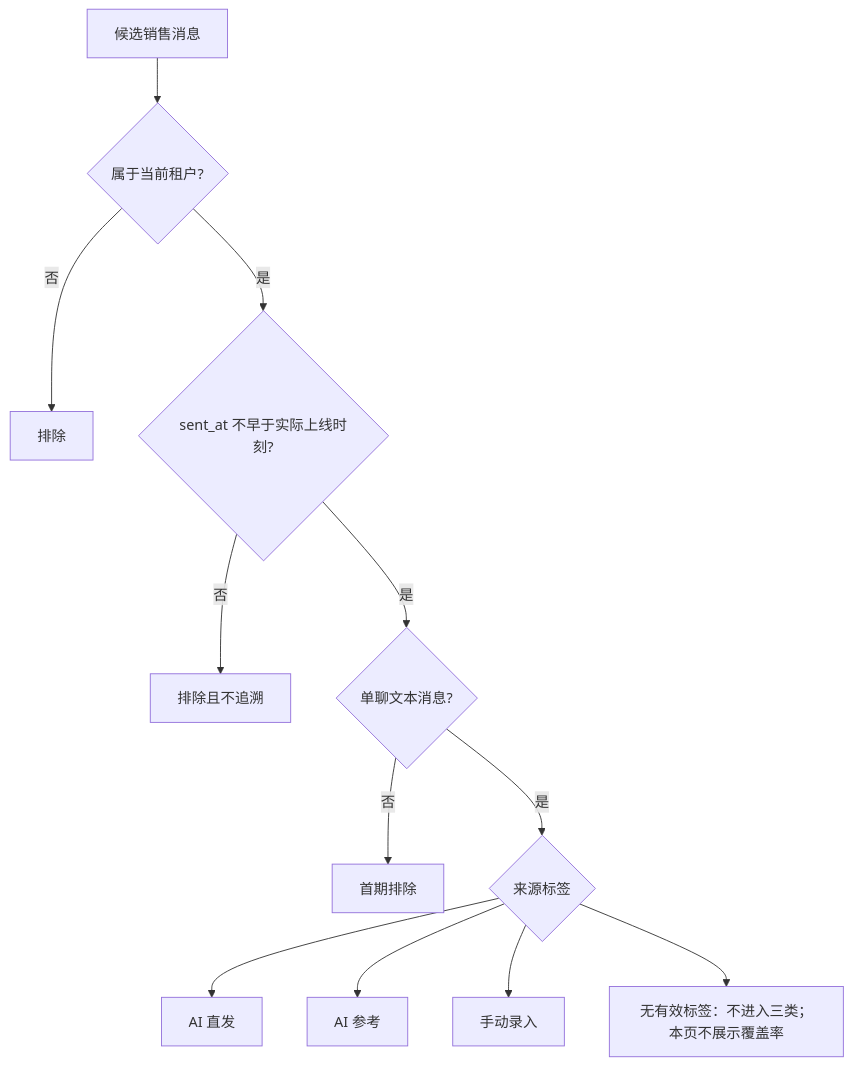
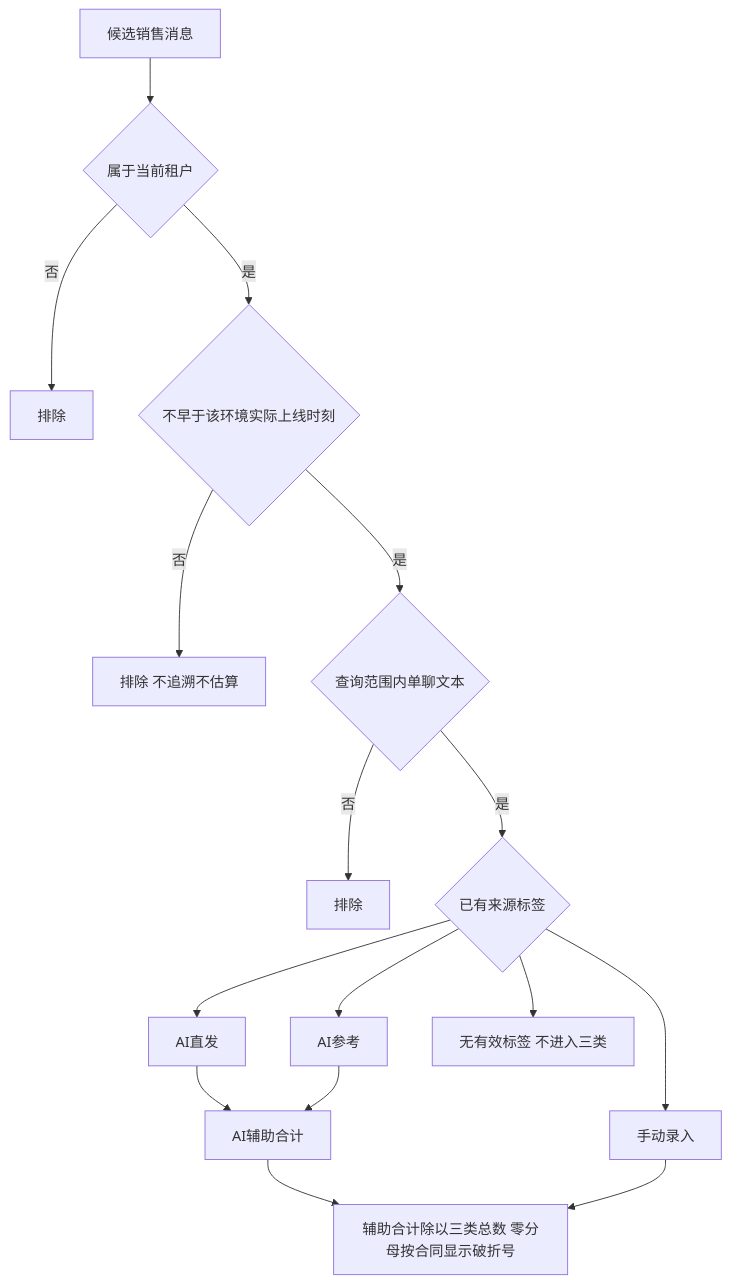
The second of 2 diagrams in flowcharts/ai-assisted-message-stats.md (xfang9528-glitch/suiyin-admin), drawn with Mermaid before and after one commit. The commit also changed other lines of this file and 195 other files, not shown here.

````diff
--- a/flowcharts/ai-assisted-message-stats.md
+++ b/flowcharts/ai-assisted-message-stats.md
@@ -45,14 +28,18 @@
 ```mermaid
 flowchart TD
-    Message[候选销售消息] --> Tenant{属于当前租户?}
+    Message[候选销售消息] --> Tenant{属于当前租户}
     Tenant -->|否| Drop1[排除]
-    Tenant -->|是| Time{sent_at 不早于实际上线时刻?}
-    Time -->|否| Drop2[排除且不追溯]
-    Time -->|是| Type{单聊文本消息?}
-    Type -->|否| Drop3[首期排除]
-    Type -->|是| Label{来源标签}
-    Label --> Direct[AI 直发]
-    Label --> Reference[AI 参考]
+    Tenant -->|是| Launch{不早于该环境实际上线时刻}
+    Launch -->|否| Drop2[排除 不追溯不估算]
+    Launch -->|是| Type{查询范围内单聊文本}
+    Type -->|否| Drop3[排除]
+    Type -->|是| Label{已有来源标签}
+    Label --> Direct[AI直发]
+    Label --> Reference[AI参考]
     Label --> Manual[手动录入]
-    Label --> Missing[无有效标签：不进入三类；本页不展示覆盖率]
+    Label --> Unknown[无有效标签 不进入三类]
+    Direct --> Assist[AI辅助合计]
+    Reference --> Assist
+    Assist --> Rate[辅助合计除以三类总数 零分母按合同显示破折号]
+    Manual --> Rate
 ```
````
